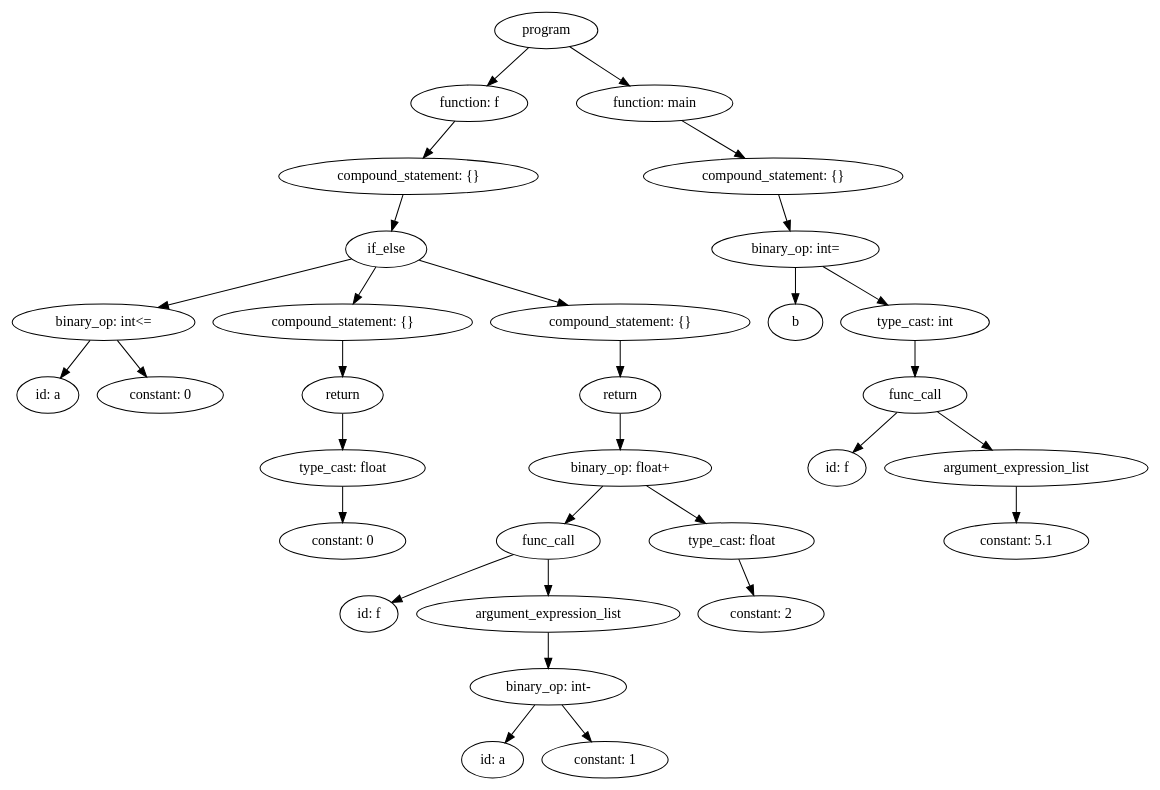
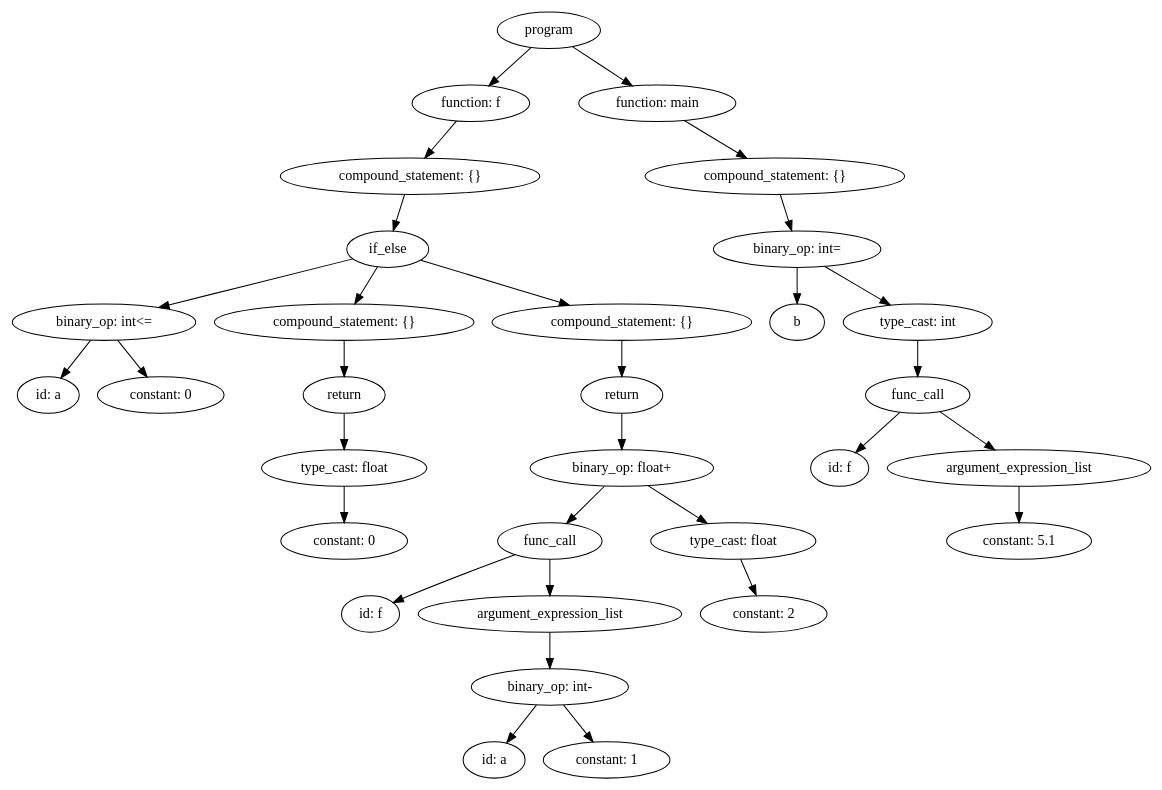
The diagram in output/test6.dot (rjnrohit/C-Compiler-CS335), drawn with Graphviz before and after one commit. The commit also changed 30 other files, not shown here.

```diff
--- a/output/test6.dot
+++ b/output/test6.dot
@@ -1,158 +1,158 @@
 strict digraph "" {
-	graph [bb="0,0,917.5,756"];
+	graph [bb="0,0,1123.5,756"];
 	node [label="\N"];
 	42	[height=0.5,
 		label=program,
-		pos="431,738",
-		width=1.1389];
+		pos="529.5,738",
+		width=1.4082];
 	26	[height=0.5,
 		label="function: f",
-		pos="367,666",
-		width=1.336];
-	42 -> 26	[pos="e,381.91,683.31 416.48,721.12 408.33,712.2 398,700.91 388.89,690.94"];
+		pos="452.5,666",
+		width=1.6111];
+	42 -> 26	[pos="e,470.26,683.15 511.64,720.76 501.63,711.66 488.98,700.16 477.95,690.13"];
 	41	[height=0.5,
 		label="function: main",
-		pos="518,666",
-		width=1.7512];
-	42 -> 41	[pos="e,497.95,683.13 449.88,721.81 461.63,712.35 476.96,700.02 490.1,689.45"];
+		pos="636.5,666",
+		width=2.1528];
+	42 -> 41	[pos="e,611.84,683.13 552.72,721.81 567.45,712.18 586.74,699.55 603.1,688.85"];
 	25	[height=0.5,
 		label="compound_statement: {}",
-		pos="322,594",
-		width=2.7984];
-	26 -> 25	[pos="e,332.9,611.96 356.34,648.41 350.98,640.08 344.37,629.8 338.39,620.49"];
+		pos="392.5,594",
+		width=3.5566];
+	26 -> 25	[pos="e,407.03,611.96 438.28,648.41 430.92,639.82 421.78,629.16 413.61,619.63"];
 	40	[height=0.5,
 		label="compound_statement: {}",
-		pos="614,594",
-		width=2.7984];
-	41 -> 40	[pos="e,591.19,611.63 540.27,648.76 552.93,639.53 568.98,627.83 582.87,617.7"];
+		pos="752.5,594",
+		width=3.5566];
+	41 -> 40	[pos="e,724.8,611.72 663.11,648.94 678.83,639.45 698.96,627.31 716.13,616.95"];
 	24	[height=0.5,
 		label=if_else,
-		pos="303,522",
-		width=0.95833];
-	25 -> 24	[pos="e,307.64,540.1 317.3,575.7 315.19,567.9 312.64,558.51 310.28,549.83"];
+		pos="370.5,522",
+		width=1.125];
+	25 -> 24	[pos="e,375.88,540.1 387.06,575.7 384.61,567.9 381.66,558.51 378.93,549.83"];
 	39	[height=0.5,
 		label="binary_op: int=",
-		pos="632,522",
-		width=1.8234];
-	40 -> 39	[pos="e,627.6,540.1 618.45,575.7 620.45,567.9 622.87,558.51 625.1,549.83"];
+		pos="774.5,522",
+		width=2.2929];
+	40 -> 39	[pos="e,769.12,540.1 757.94,575.7 760.39,567.9 763.34,558.51 766.07,549.83"];
 	8	[height=0.5,
 		label="binary_op: int<=",
-		pos="77,450",
-		width=1.9861];
-	24 -> 8	[pos="e,120.28,464.41 273.92,511.99 237.6,500.74 174.78,481.29 129.86,467.37"];
+		pos="90.5,450",
+		width=2.5139];
+	24 -> 8	[pos="e,144.58,464.52 336.17,512.42 291.05,501.14 210.93,481.11 154.48,466.99"];
 	12	[height=0.5,
 		label="compound_statement: {}",
-		pos="267,450",
-		width=2.7984];
-	24 -> 12	[pos="e,275.72,467.96 294.47,504.41 290.27,496.25 285.11,486.22 280.41,477.07"];
+		pos="327.5,450",
+		width=3.5566];
+	24 -> 12	[pos="e,337.92,467.96 360.31,504.41 355.19,496.08 348.88,485.8 343.16,476.49"];
 	23	[height=0.5,
 		label="compound_statement: {}",
-		pos="486,450",
-		width=2.7984];
-	24 -> 23	[pos="e,445.34,466.55 330,510.67 357.81,500.03 401.79,483.21 435.98,470.13"];
+		pos="601.5,450",
+		width=3.5566];
+	24 -> 23	[pos="e,549.92,466.63 403.11,511.12 438.6,500.36 496.17,482.92 540.18,469.58"];
 	32	[height=0.5,
 		label=b,
-		pos="632,450",
+		pos="774.5,450",
 		width=0.75];
-	39 -> 32	[pos="e,632,468.1 632,503.7 632,495.98 632,486.71 632,478.11"];
+	39 -> 32	[pos="e,774.5,468.1 774.5,503.7 774.5,495.98 774.5,486.71 774.5,478.11"];
 	38	[height=0.5,
 		label="type_cast: int",
-		pos="735,450",
-		width=1.6111];
-	39 -> 38	[pos="e,712.08,466.58 655.37,505.12 669.7,495.38 688.21,482.8 703.77,472.22"];
+		pos="893.5,450",
+		width=2.0417];
+	39 -> 38	[pos="e,866.33,466.98 801.8,504.94 818.28,495.25 839.47,482.78 857.33,472.27"];
 	6	[height=0.5,
 		label="id: a",
-		pos="27,378",
-		width=0.75];
-	8 -> 6	[pos="e,38.307,394.83 64.896,432.05 58.701,423.38 51.05,412.67 44.248,403.15"];
+		pos="35.5,378",
+		width=0.84854];
+	8 -> 6	[pos="e,47.937,394.83 77.186,432.05 70.301,423.29 61.783,412.45 54.244,402.86"];
 	7	[height=0.5,
 		label="constant: 0",
-		pos="122,378",
-		width=1.375];
-	8 -> 7	[pos="e,111.21,395.79 87.893,432.05 93.255,423.71 99.827,413.49 105.77,404.25"];
+		pos="146.5,378",
+		width=1.7361];
+	8 -> 7	[pos="e,133.07,395.79 104.06,432.05 110.87,423.54 119.25,413.07 126.75,403.68"];
 	11	[height=0.5,
 		label=return,
-		pos="267,378",
-		width=0.88889];
-	12 -> 11	[pos="e,267,396.1 267,431.7 267,423.98 267,414.71 267,406.11"];
+		pos="327.5,378",
+		width=1.125];
+	12 -> 11	[pos="e,327.5,396.1 327.5,431.7 327.5,423.98 327.5,414.71 327.5,406.11"];
 	22	[height=0.5,
 		label=return,
-		pos="486,378",
-		width=0.88889];
-	23 -> 22	[pos="e,486,396.1 486,431.7 486,423.98 486,414.71 486,406.11"];
+		pos="601.5,378",
+		width=1.125];
+	23 -> 22	[pos="e,601.5,396.1 601.5,431.7 601.5,423.98 601.5,414.71 601.5,406.11"];
 	37	[height=0.5,
 		label=func_call,
-		pos="735,378",
-		width=1.2096];
-	38 -> 37	[pos="e,735,396.1 735,431.7 735,423.98 735,414.71 735,406.11"];
+		pos="893.5,378",
+		width=1.4306];
+	38 -> 37	[pos="e,893.5,396.1 893.5,431.7 893.5,423.98 893.5,414.71 893.5,406.11"];
 	10	[height=0.5,
 		label="type_cast: float",
-		pos="267,306",
-		width=1.7917];
-	11 -> 10	[pos="e,267,324.1 267,359.7 267,351.98 267,342.71 267,334.11"];
+		pos="327.5,306",
+		width=2.2567];
+	11 -> 10	[pos="e,327.5,324.1 327.5,359.7 327.5,351.98 327.5,342.71 327.5,334.11"];
 	21	[height=0.5,
 		label="binary_op: float+",
-		pos="486,306",
-		width=2.004];
-	22 -> 21	[pos="e,486,324.1 486,359.7 486,351.98 486,342.71 486,334.11"];
+		pos="601.5,306",
+		width=2.5139];
+	22 -> 21	[pos="e,601.5,324.1 601.5,359.7 601.5,351.98 601.5,342.71 601.5,334.11"];
 	33	[height=0.5,
 		label="id: f",
-		pos="669,306",
-		width=0.75];
-	37 -> 33	[pos="e,682.88,321.72 719.69,360.76 710.83,351.37 699.55,339.41 689.89,329.15"];
+		pos="816.5,306",
+		width=0.79437];
+	37 -> 33	[pos="e,832.17,321.25 875.64,360.76 864.96,351.05 851.26,338.6 839.74,328.13"];
 	35	[height=0.5,
 		label=argument_expression_list,
-		pos="816,306",
-		width=2.8194];
-	37 -> 35	[pos="e,796.66,323.71 752.98,361.46 763.5,352.37 777.01,340.7 788.81,330.49"];
+		pos="993.5,306",
+		width=3.6111];
+	37 -> 35	[pos="e,969.62,323.71 915.69,361.46 929.07,352.1 946.33,340.02 961.19,329.61"];
 	9	[height=0.5,
 		label="constant: 0",
-		pos="267,234",
-		width=1.375];
-	10 -> 9	[pos="e,267,252.1 267,287.7 267,279.98 267,270.71 267,262.11"];
+		pos="327.5,234",
+		width=1.7361];
+	10 -> 9	[pos="e,327.5,252.1 327.5,287.7 327.5,279.98 327.5,270.71 327.5,262.11"];
 	18	[height=0.5,
 		label=func_call,
-		pos="432,234",
-		width=1.2096];
-	21 -> 18	[pos="e,444.58,251.31 472.93,288.05 466.26,279.42 458.04,268.76 450.72,259.27"];
+		pos="530.5,234",
+		width=1.4306];
+	21 -> 18	[pos="e,547.04,251.31 584.31,288.05 575.29,279.16 564.09,268.11 554.24,258.41"];
 	20	[height=0.5,
 		label="type_cast: float",
-		pos="580,234",
-		width=1.7917];
-	21 -> 20	[pos="e,558.32,251.15 507.8,288.76 520.38,279.4 536.37,267.49 550.11,257.26"];
+		pos="711.5,234",
+		width=2.2567];
+	21 -> 20	[pos="e,685.87,251.31 627.29,288.59 642.19,279.11 661.11,267.07 677.24,256.8"];
 	34	[height=0.5,
 		label="constant: 5.1",
-		pos="816,234",
-		width=1.5556];
-	35 -> 34	[pos="e,816,252.1 816,287.7 816,279.98 816,270.71 816,262.11"];
+		pos="993.5,234",
+		width=1.9861];
+	35 -> 34	[pos="e,993.5,252.1 993.5,287.7 993.5,279.98 993.5,270.71 993.5,262.11"];
 	13	[height=0.5,
 		label="id: f",
-		pos="285,162",
-		width=0.75];
-	18 -> 13	[pos="e,306.33,173.16 404.35,219.83 379.02,207.77 341.59,189.95 315.42,177.48"];
+		pos="353.5,162",
+		width=0.79437];
+	18 -> 13	[pos="e,375.91,173.28 496.01,220.47 467.76,210.05 426.82,194.62 391.5,180 389.44,179.15 387.32,178.25 385.19,177.34"];
 	17	[height=0.5,
 		label=argument_expression_list,
-		pos="432,162",
-		width=2.8194];
-	18 -> 17	[pos="e,432,180.1 432,215.7 432,207.98 432,198.71 432,190.11"];
+		pos="530.5,162",
+		width=3.6111];
+	18 -> 17	[pos="e,530.5,180.1 530.5,215.7 530.5,207.98 530.5,198.71 530.5,190.11"];
 	19	[height=0.5,
 		label="constant: 2",
-		pos="601,162",
-		width=1.375];
-	20 -> 19	[pos="e,595.82,180.28 585.08,216.05 587.42,208.26 590.25,198.82 592.88,190.08"];
+		pos="741.5,162",
+		width=1.7361];
+	20 -> 19	[pos="e,734.1,180.28 718.76,216.05 722.18,208.09 726.32,198.41 730.14,189.51"];
 	16	[height=0.5,
 		label="binary_op: int-",
-		pos="432,90",
-		width=1.7693];
-	17 -> 16	[pos="e,432,108.1 432,143.7 432,135.98 432,126.71 432,118.11"];
+		pos="530.5,90",
+		width=2.1528];
+	17 -> 16	[pos="e,530.5,108.1 530.5,143.7 530.5,135.98 530.5,126.71 530.5,118.11"];
 	14	[height=0.5,
 		label="id: a",
-		pos="385,18",
-		width=0.75];
-	16 -> 14	[pos="e,395.63,34.829 420.62,72.055 414.8,63.381 407.61,52.669 401.21,43.147"];
+		pos="475.5,18",
+		width=0.84854];
+	16 -> 14	[pos="e,487.94,34.829 517.19,72.055 510.3,63.292 501.78,52.451 494.24,42.856"];
 	15	[height=0.5,
 		label="constant: 1",
-		pos="480,18",
-		width=1.375];
-	16 -> 15	[pos="e,468.49,35.789 443.62,72.055 449.34,63.715 456.35,53.491 462.68,44.252"];
+		pos="586.5,18",
+		width=1.7361];
+	16 -> 15	[pos="e,573.07,35.789 544.06,72.055 550.87,63.543 559.25,53.068 566.75,43.681"];
 }
```
